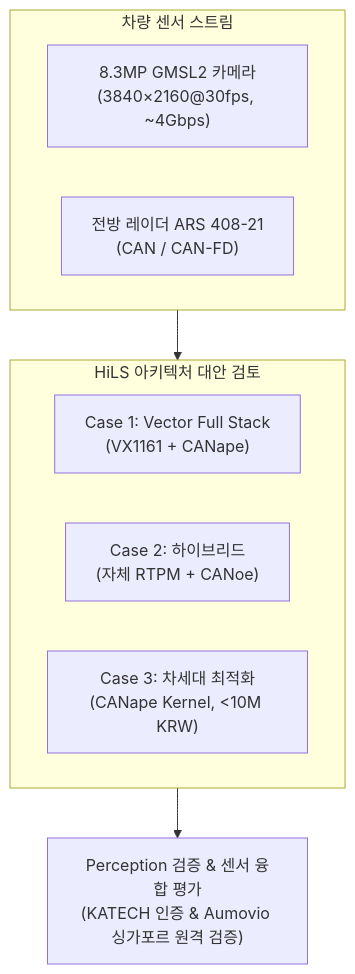
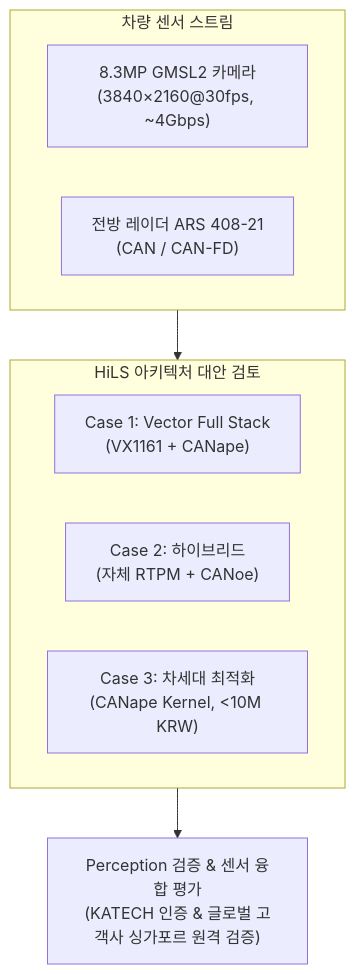
The diagram in _posts/2026-09-10-adas-hils-engineering-career-summary.md (zerohigher/zerohigher.github.io), drawn with Mermaid before and after one commit. The commit also changed other lines of this file and 1 other file, not shown here.

Commit message:
Mask customer confidential names (Aumovio -> Global Tier-1) in posts

````diff
--- a/_posts/2026-09-10-adas-hils-engineering-career-summary.md
+++ b/_posts/2026-09-10-adas-hils-engineering-career-summary.md
@@ -64,16 +64,16 @@
 ```mermaid
 graph TD
     subgraph INPUT["차량 센서 스트림"]
         CAM["8.3MP GMSL2 카메라<br/>(3840×2160@30fps, ~4Gbps)"]
         RAD["전방 레이더 ARS 408-21<br/>(CAN / CAN-FD)"]
     end
 
     subgraph ARCH["HiLS 아키텍처 대안 검토"]
         C1["Case 1: Vector Full Stack<br/>(VX1161 + CANape)"]
         C2["Case 2: 하이브리드<br/>(자체 RTPM + CANoe)"]
         C3["Case 3: 차세대 최적화<br/>(CANape Kernel, <10M KRW)"]
     end
 
     INPUT --> ARCH
-    ARCH --> EVAL["Perception 검증 & 센서 융합 평가<br/>(KATECH 인증 & Aumovio 싱가포르 원격 검증)"]
+    ARCH --> EVAL["Perception 검증 & 센서 융합 평가<br/>(KATECH 인증 & 글로벌 고객사 싱가포르 원격 검증)"]
 ```
````
